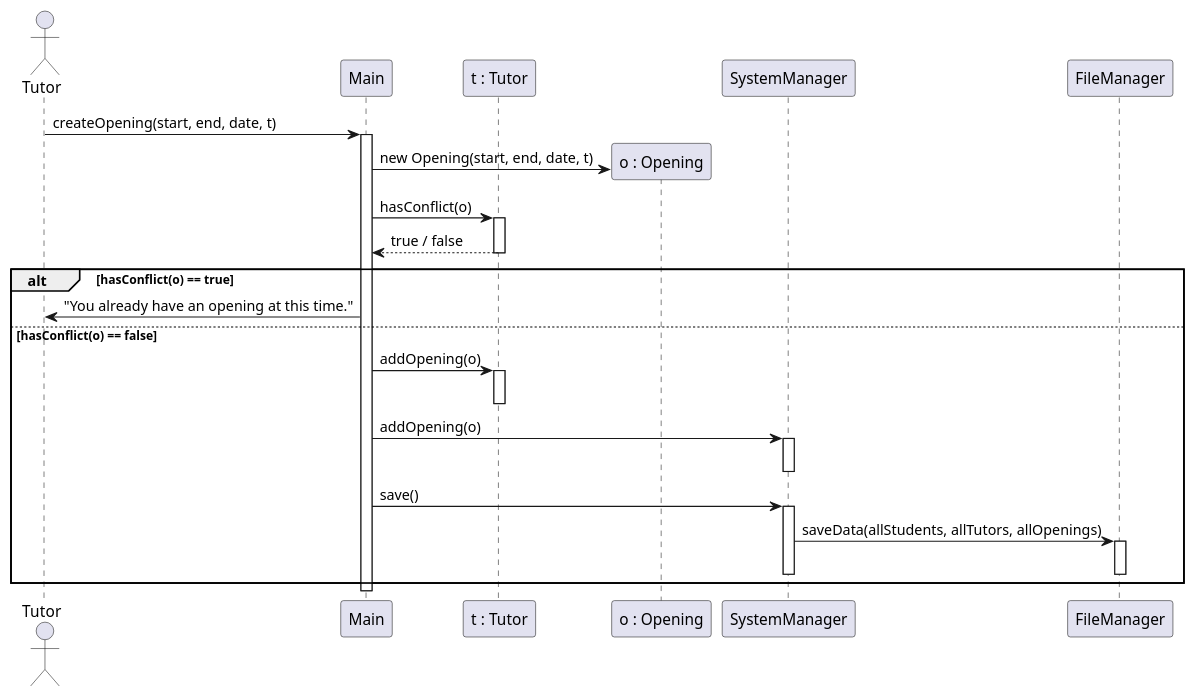
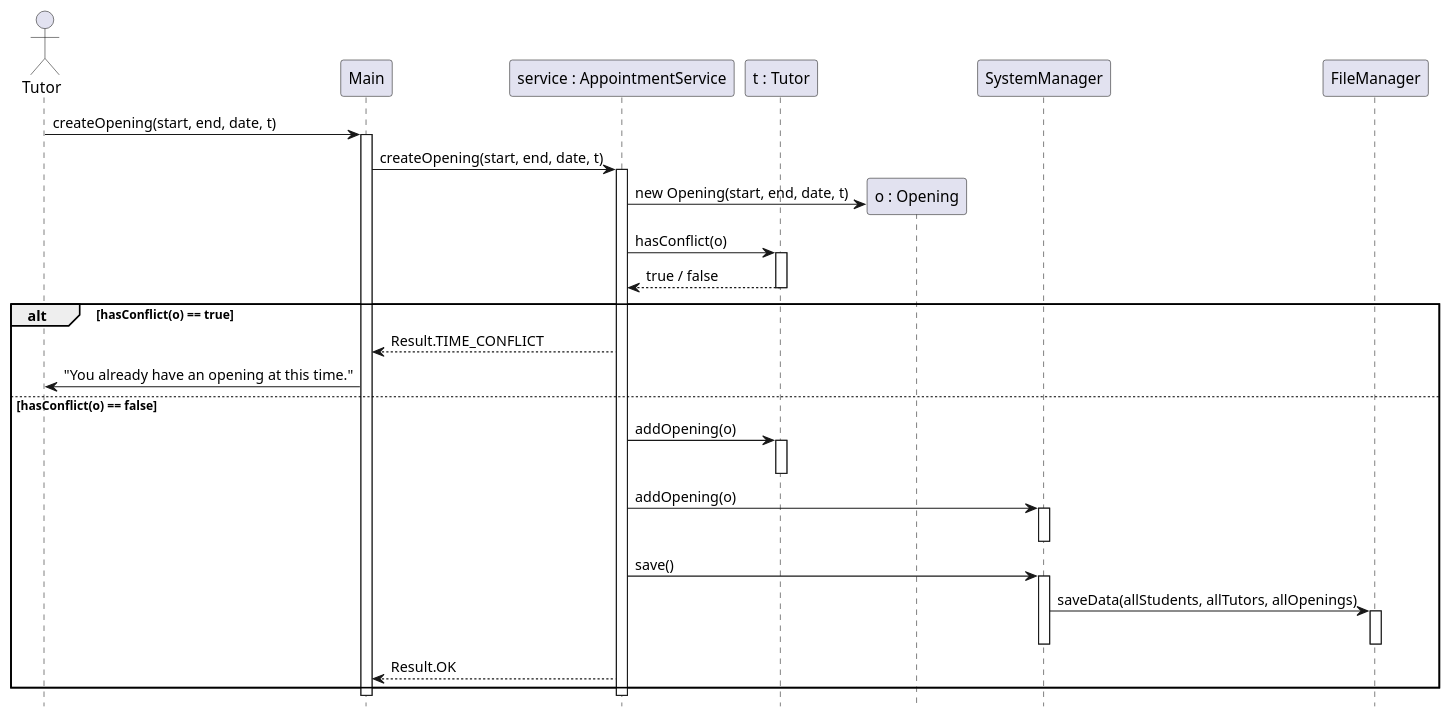
One commit to localhost433/OOPFinalProject changed the diagram in docs/diagrams/create-opening-sequence.puml. Above: the diagram before and after it, drawn with PlantUML. The commit also changed 13 other files, not shown here.

```diff
--- a/docs/diagrams/create-opening-sequence.puml
+++ b/docs/diagrams/create-opening-sequence.puml
@@ -1,44 +1,53 @@
 @startuml create-opening-sequence
 ' Sequence diagram — Tutor adds availability (Main.createOpening)
+
+hide footbox
 
 actor Tutor as tutor
 
 participant "Main" as main
+participant "service : AppointmentService" as service
 participant "t : Tutor" as tObj
 participant "o : Opening" as open
 participant "SystemManager" as sys
 participant "FileManager" as file
 
 tutor -> main : createOpening(start, end, date, t)
 activate main
 
-main -> open ** : new Opening(start, end, date, t)
+main -> service : createOpening(start, end, date, t)
+activate service
 
-main -> tObj : hasConflict(o)
+service -> open ** : new Opening(start, end, date, t)
+
+service -> tObj : hasConflict(o)
 activate tObj
-tObj --> main : true / false
+tObj --> service : true / false
 deactivate tObj
 
 alt hasConflict(o) == true
+    service --> main : Result.TIME_CONFLICT
     main -> tutor : "You already have an opening at this time."
 else hasConflict(o) == false
-    main -> tObj : addOpening(o)
+    service -> tObj : addOpening(o)
     activate tObj
     deactivate tObj
 
-    main -> sys : addOpening(o)
+    service -> sys : addOpening(o)
     activate sys
     deactivate sys
 
-    main -> sys : save()
-
+    service -> sys : save()
     activate sys
     sys -> file : saveData(allStudents, allTutors, allOpenings)
     activate file
     deactivate file
     deactivate sys
+
+    service --> main : Result.OK
 end
 
+deactivate service
 deactivate main
 
 @enduml
```
